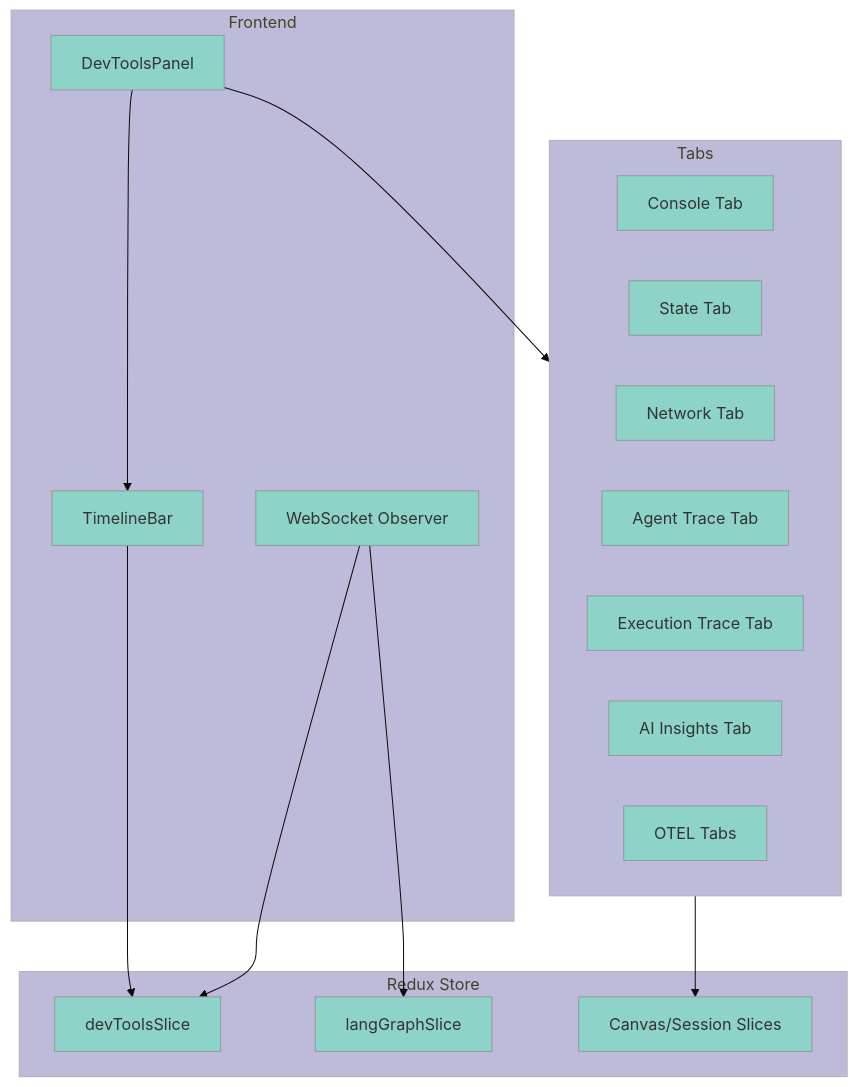
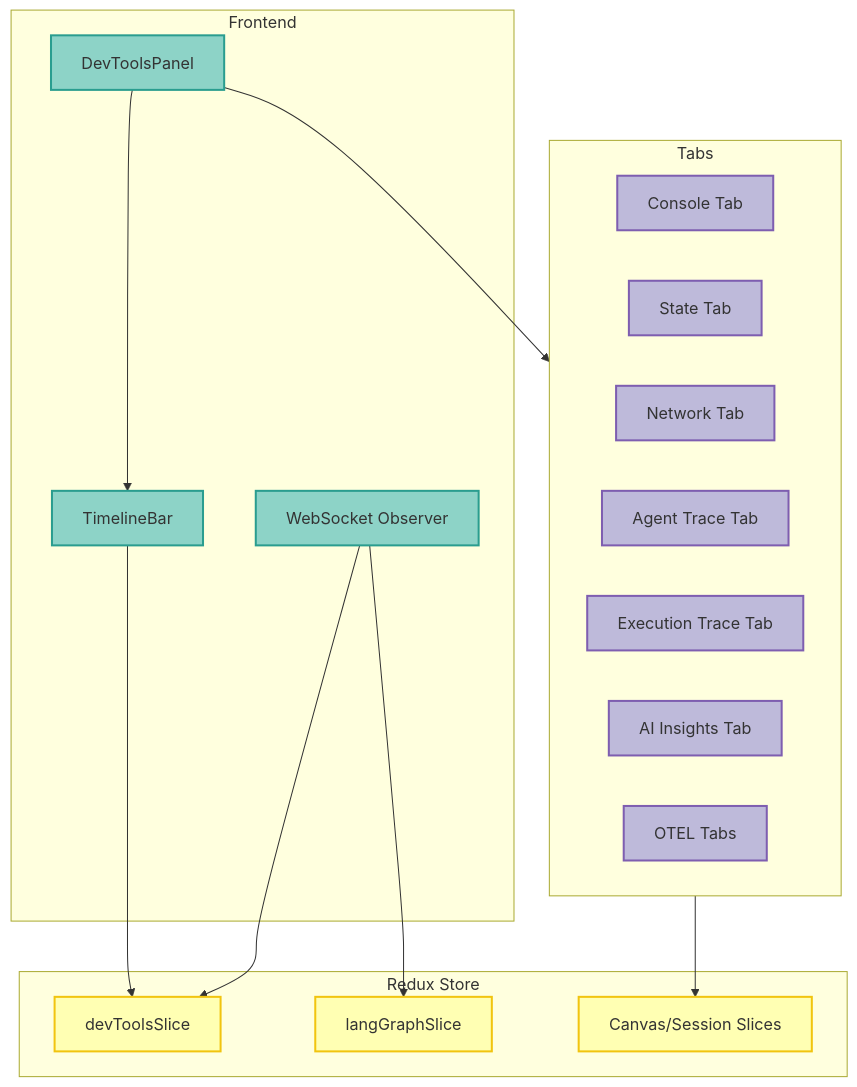
One commit to vishnu2kmohan/mcp-server-langgraph changed the diagram in docs/guides/devtools.mdx. Above: the diagram before and after it, drawn with Mermaid. The commit also changed 25 other files, not shown here.

````diff
--- a/docs/guides/devtools.mdx
+++ b/docs/guides/devtools.mdx
@@ -28,32 +28,40 @@
 ```mermaid
-%%{init: {'theme':'base', 'themeVariables': {'primaryColor':'#8dd3c7','secondaryColor':'#ffffb3','tertiaryColor':'#bebada'}}}%%
 flowchart TB
     subgraph Frontend
         DTP[DevToolsPanel]
         TL[TimelineBar]
         WS[WebSocket Observer]
     end
 
     subgraph Redux Store
         DTS[devToolsSlice]
         LGS[langGraphSlice]
         CS[Canvas/Session Slices]
     end
 
     subgraph Tabs
         Console[Console Tab]
         State[State Tab]
         Network[Network Tab]
         Agent[Agent Trace Tab]
         Exec[Execution Trace Tab]
         AI[AI Insights Tab]
         OTEL[OTEL Tabs]
     end
 
     DTP --> TL
     DTP --> Tabs
     WS --> DTS
     WS --> LGS
     Tabs --> CS
     TL --> DTS
+
+    %% ColorBrewer2 Set3 palette - each component type uniquely colored
+    classDef frontendStyle fill:#8dd3c7,stroke:#2a9d8f,stroke-width:2px,color:#333
+    classDef reduxStyle fill:#ffffb3,stroke:#f1c40f,stroke-width:2px,color:#333
+    classDef tabsStyle fill:#bebada,stroke:#7e5eb0,stroke-width:2px,color:#333
+
+    class DTP,TL,WS frontendStyle
+    class DTS,LGS,CS reduxStyle
+    class Console,State,Network,Agent,Exec,AI,OTEL tabsStyle
 ```
````
